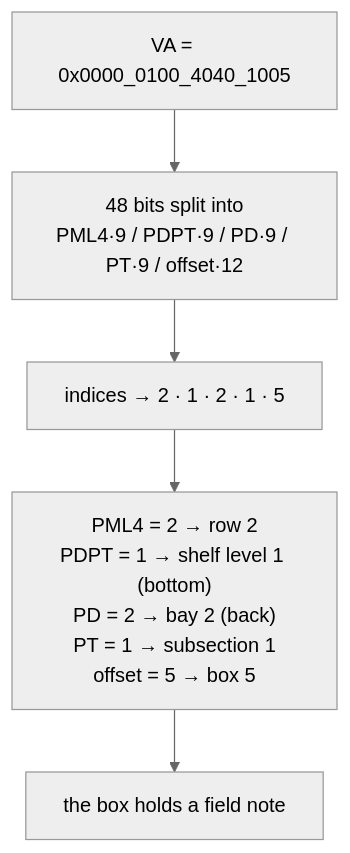
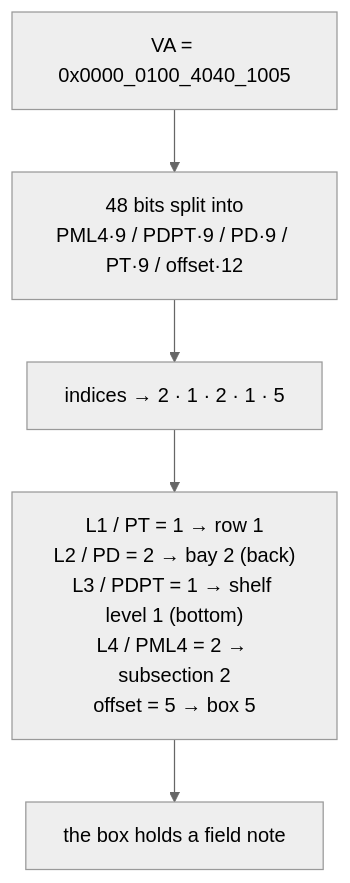
Before and after one commit to jdtherobot/jdtherobot.github.io: the first of 2 diagrams in src/content/readmes/steganography-ctf/warehouse.md, drawn with Mermaid (neutral theme). The commit also changed other lines of this file, not shown here.

First line of the commit message:
Warehouse writeup: level numbers follow the page-table document (L4 = top bits)

````diff
--- a/src/content/readmes/steganography-ctf/warehouse.md
+++ b/src/content/readmes/steganography-ctf/warehouse.md
@@ -18,8 +18,8 @@
 ```mermaid
 flowchart TD
   VA["VA = 0x0000_0100_4040_1005"]
   VA --> SPLIT["48 bits split into<br/>PML4·9 / PDPT·9 / PD·9 / PT·9 / offset·12"]
   SPLIT --> IDX["indices → 2 · 1 · 2 · 1 · 5"]
-  IDX --> MAP["PML4 = 2 → row 2<br/>PDPT = 1 → shelf level 1 (bottom)<br/>PD = 2 → bay 2 (back)<br/>PT = 1 → subsection 1<br/>offset = 5 → box 5"]
+  IDX --> MAP["L1 / PT = 1 → row 1<br/>L2 / PD = 2 → bay 2 (back)<br/>L3 / PDPT = 1 → shelf level 1 (bottom)<br/>L4 / PML4 = 2 → subsection 2<br/>offset = 5 → box 5"]
   MAP --> NOTE["the box holds a field note"]
 ```
````
